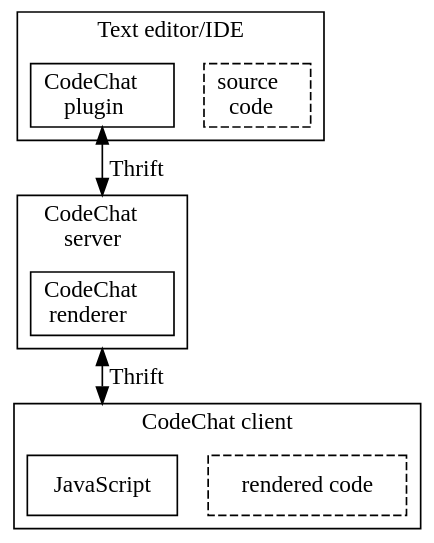
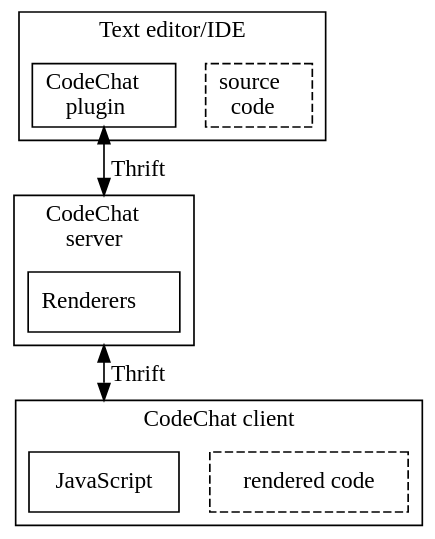
One commit to mrsuman2002/A_modular_Plugin-CodeChat changed the diagram in index.rst. Above: the diagram before and after it, drawn with Graphviz. The commit also changed other lines of this file and 1 other file, not shown here.

```diff
--- a/index.rst
+++ b/index.rst
@@ -5,24 +5,24 @@
 .. digraph:: architecture
 
     bgcolor = transparent;
     compound = true;
     node [shape = box];
     subgraph cluster_text_editor {
         label = "Text editor/IDE";
         source_code [label = <source<br />code>, style = dashed];
         CodeChat_plugin [label = <CodeChat<br />plugin>];
     }
 
     subgraph cluster_server {
         label = <CodeChat<br />server>;
-        render_engine [label = <CodeChat<br />renderer>];
+        render_engine [label = <Renderers>];
     }
 
     subgraph cluster_client {
         label = "CodeChat client";
         rendered_code [label = "rendered code", style = dashed];
         JavaScript;
     }
 
     CodeChat_plugin -> render_engine [label = "Thrift", dir = both, lhead = cluster_server];
     render_engine -> JavaScript [label = "Thrift", dir = both, lhead = cluster_client, ltail = cluster_server];
```
